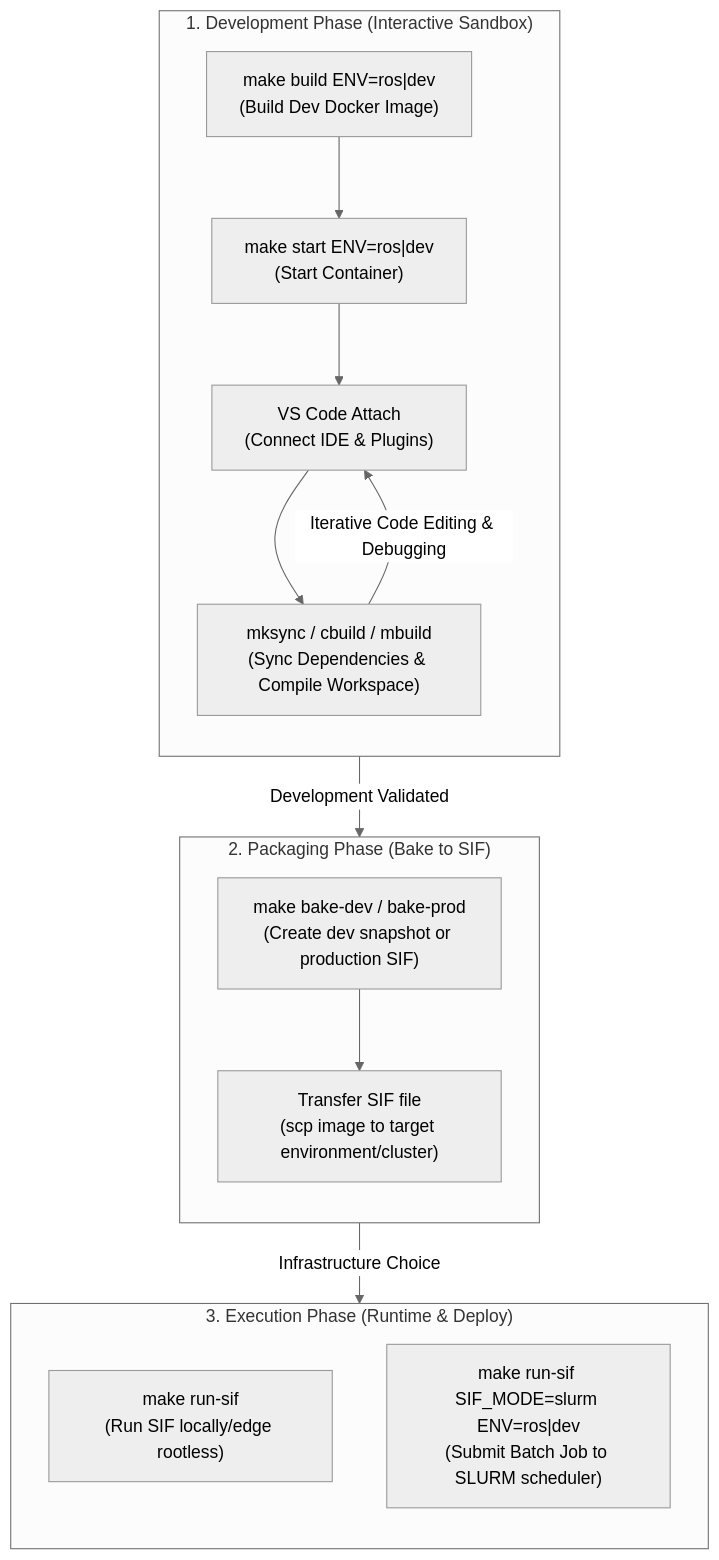
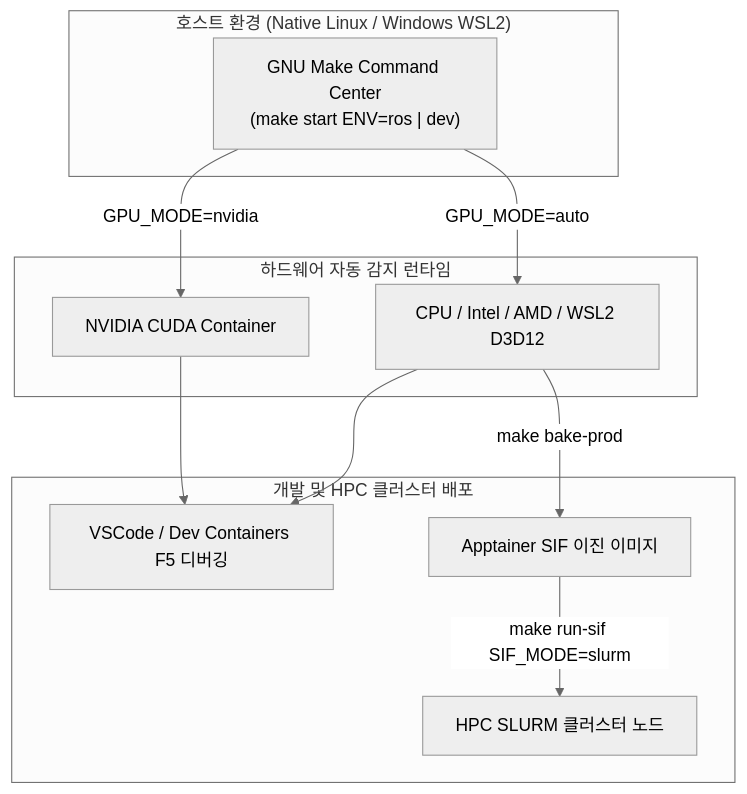
The diagram in README.md (Lee-hwansoo/DevKit), drawn with Mermaid (neutral theme) before and after one commit. The commit also changed other lines of this file and 4 other files, not shown here.

First line of the commit message:
docs: consolidate README, add HPC/SLURM guide, and fix mermaid diagrams

````diff
--- a/README.md
+++ b/README.md
@@ -188,29 +17,24 @@
 ```mermaid
-flowchart TD
-    %% 1. Development Phase
-    subgraph DevPhase["1. Development Phase (Interactive Sandbox)"]
-        direction TB
-        A["make build ENV=ros|dev<br/>(Build Dev Docker Image)"] --> B["make start ENV=ros|dev<br/>(Start Container)"]
-        B --> C["VS Code Attach<br/>(Connect IDE & Plugins)"]
-        C --> D["mksync / cbuild / mbuild<br/>(Sync Dependencies & Compile Workspace)"]
-        D -->|Iterative Code Editing & Debugging| C
+graph TD
+    subgraph host["호스트 환경 (Native Linux / Windows WSL2)"]
+        MakeCenter["GNU Make Command Center<br/>(make start ENV=ros | dev)"]
     end
 
-    %% 2. Packaging Phase
-    subgraph BakePhase["2. Packaging Phase (Bake to SIF)"]
-        direction TB
-        E["make bake-dev / bake-prod<br/>(Create dev snapshot or production SIF)"]
-        F["Transfer SIF file<br/>(scp image to target environment/cluster)"]
-        E --> F
+    subgraph runtimes["하드웨어 자동 감지 런타임"]
+        DockerCPU["CPU / Intel / AMD / WSL2 D3D12"]
+        DockerNvidia["NVIDIA CUDA Container"]
     end
 
-    %% 3. Execution Phase
-    subgraph DeployPhase["3. Execution Phase (Runtime & Deploy)"]
-        direction TB
-        G["make run-sif<br/>(Run SIF locally/edge rootless)"]
-        H["make run-sif SIF_MODE=slurm ENV=ros|dev<br/>(Submit Batch Job to SLURM scheduler)"]
+    subgraph deploy["개발 및 HPC 클러스터 배포"]
+        VSCode["VSCode / Dev Containers F5 디버깅"]
+        SIF["Apptainer SIF 이진 이미지"]
+        SLURM["HPC SLURM 클러스터 노드"]
     end
 
-    DevPhase -->|Development Validated| BakePhase
-    BakePhase -->|Infrastructure Choice| DeployPhase
+    MakeCenter -->|GPU_MODE=auto| DockerCPU
+    MakeCenter -->|GPU_MODE=nvidia| DockerNvidia
+    DockerCPU --> VSCode
+    DockerNvidia --> VSCode
+    DockerCPU -->|make bake-prod| SIF
+    SIF -->|make run-sif SIF_MODE=slurm| SLURM
 ```
````
